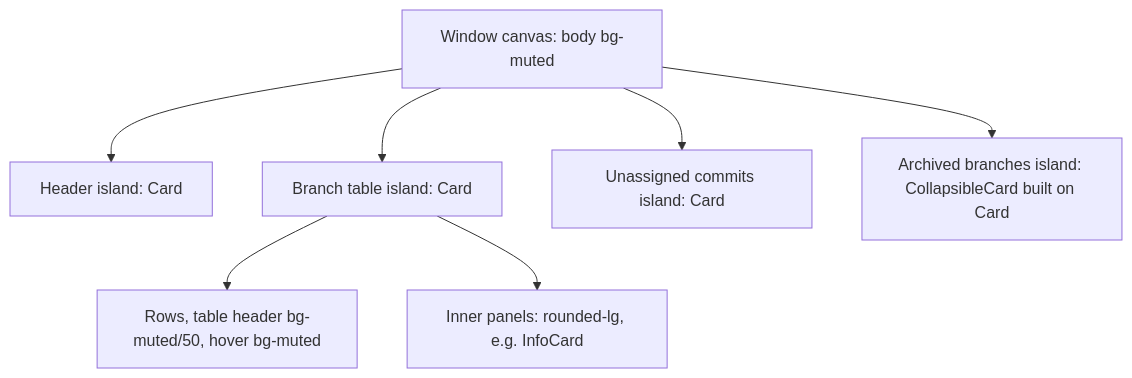
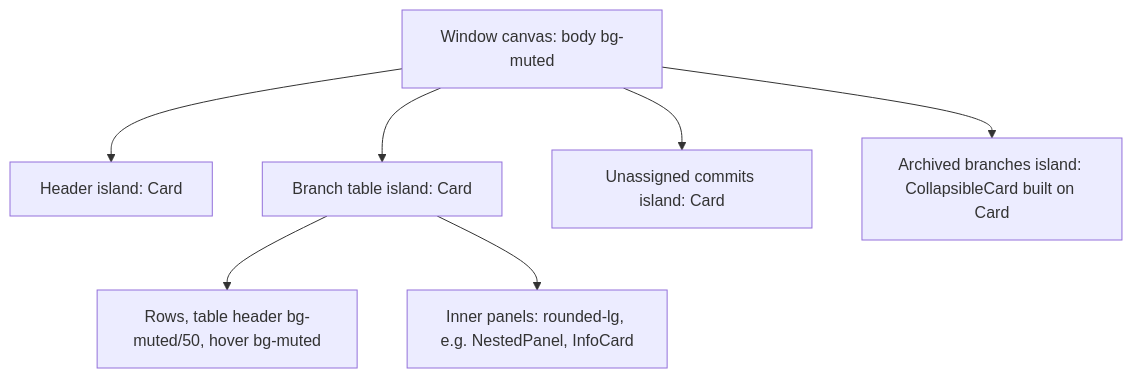
One commit to develar/branch-deck changed the diagram in docs/design/ui-theme.md. Above: the diagram before and after it, drawn with Mermaid. The commit also changed other lines of this file and 25 other files, not shown here.

First line of the commit message:
fix(conflict): nested panels, one conflict title and insight, and no empty Diff View

````diff
--- a/docs/design/ui-theme.md
+++ b/docs/design/ui-theme.md
@@ -33,9 +33,9 @@
 ```mermaid
 flowchart TD
     W["Window canvas: body bg-muted"] --> H["Header island: Card"]
     W --> T["Branch table island: Card"]
     W --> U["Unassigned commits island: Card"]
     W --> A["Archived branches island: CollapsibleCard built on Card"]
     T --> R["Rows, table header bg-muted/50, hover bg-muted"]
-    T --> P["Inner panels: rounded-lg, e.g. InfoCard"]
+    T --> P["Inner panels: rounded-lg, e.g. NestedPanel, InfoCard"]
 ```
````
